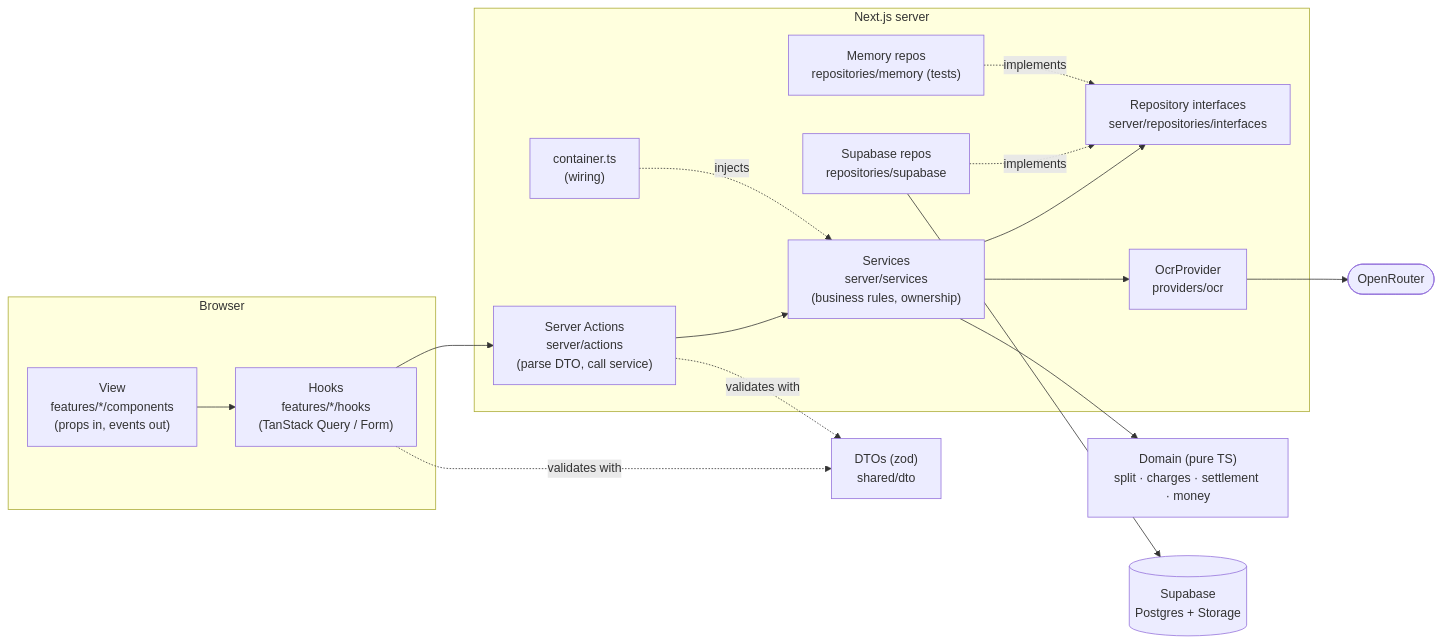
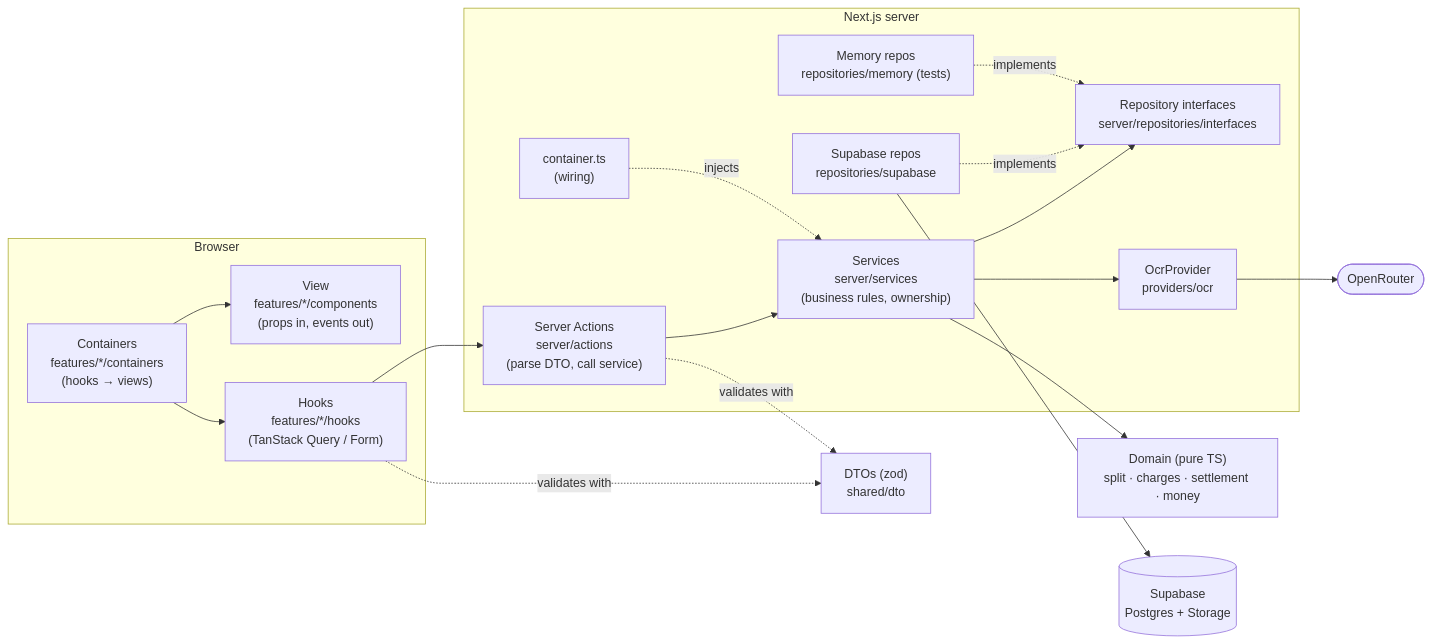
The first of 5 diagrams in docs/architecture.md (anthonyreynaldi/split-bill), drawn with Mermaid before and after one commit. The commit also changed other lines of this file and 9 other files, not shown here.

First line of the commit message:
docs: TypeDoc site, architecture diagrams, user guides (ID/EN)

````diff
--- a/docs/architecture.md
+++ b/docs/architecture.md
@@ -6,30 +6,32 @@
 ```mermaid
 flowchart LR
   subgraph Client["Browser"]
     V["View<br/>features/*/components<br/>(props in, events out)"]
+    CT["Containers<br/>features/*/containers<br/>(hooks → views)"]
     H["Hooks<br/>features/*/hooks<br/>(TanStack Query / Form)"]
   end
   subgraph Server["Next.js server"]
     A["Server Actions<br/>server/actions<br/>(parse DTO, call service)"]
     S["Services<br/>server/services<br/>(business rules, ownership)"]
     I["Repository interfaces<br/>server/repositories/interfaces"]
     SB["Supabase repos<br/>repositories/supabase"]
     M["Memory repos<br/>repositories/memory (tests)"]
     O["OcrProvider<br/>providers/ocr"]
     C["container.ts<br/>(wiring)"]
   end
   D["Domain (pure TS)<br/>split · charges · settlement · money"]
   DTO["DTOs (zod)<br/>shared/dto"]
   DB[("Supabase<br/>Postgres + Storage")]
   OR(["OpenRouter"])
 
-  V --> H --> A --> S --> I
+  CT --> V
+  CT --> H --> A --> S --> I
   SB -. implements .-> I
   M -. implements .-> I
   S --> D
   S --> O --> OR
   SB --> DB
   C -. injects .-> S
   H -. validates with .-> DTO
   A -. validates with .-> DTO
 ```
````
